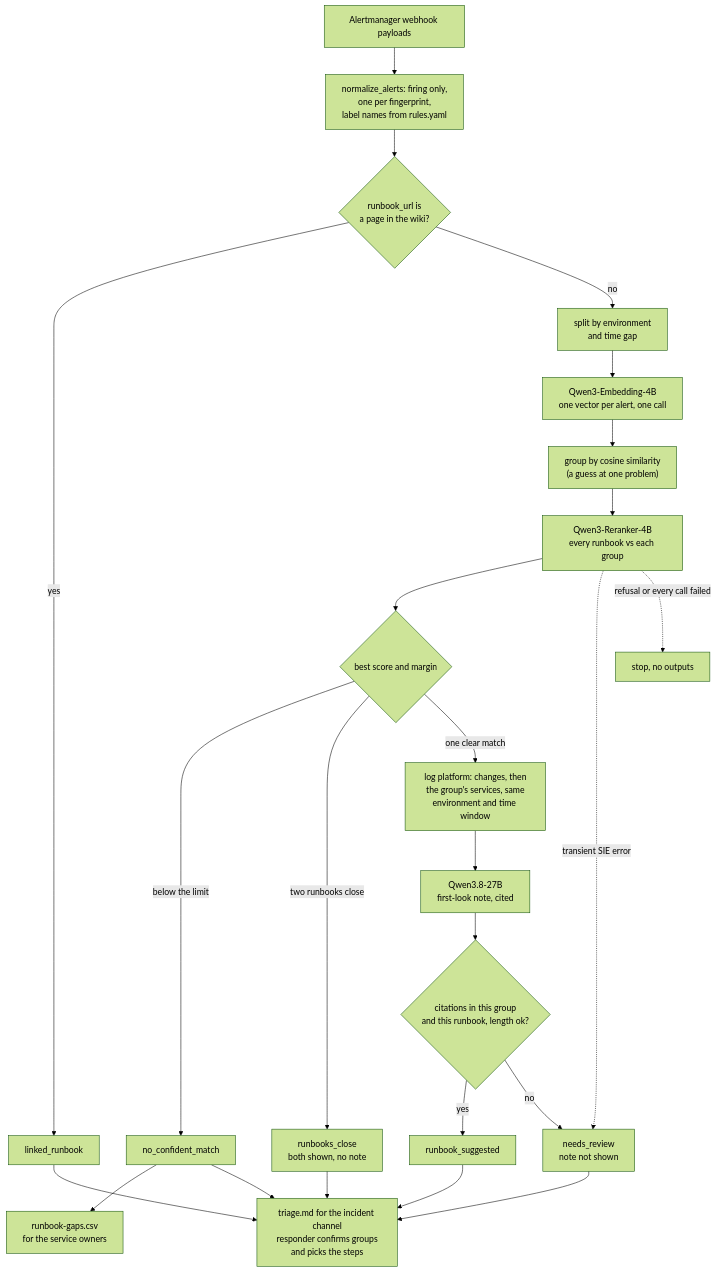
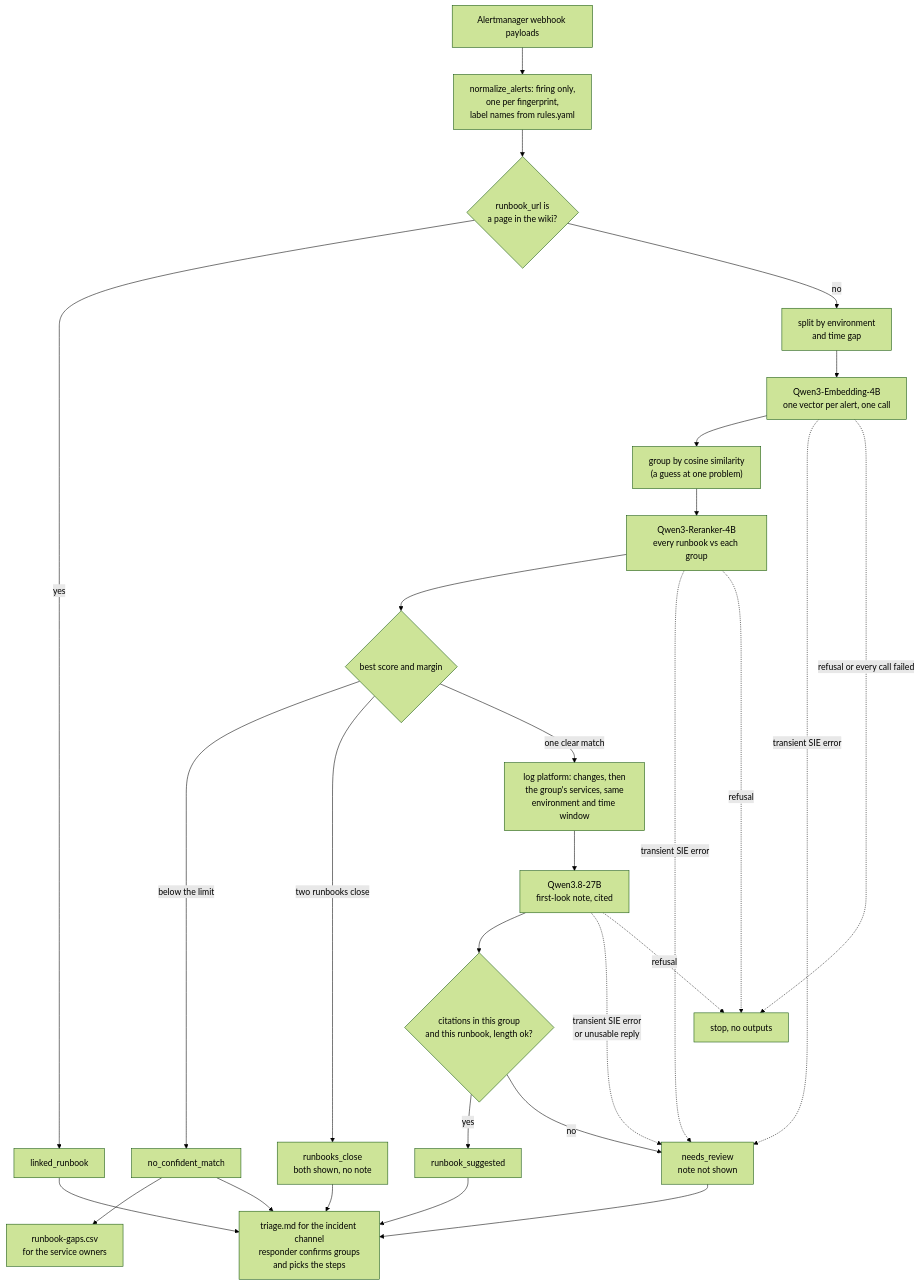
Before and after one commit to superlinked/cookbook: the second of 2 diagrams in sre/match_alerts_to_runbooks/README.md, drawn with Mermaid (forest theme). The commit also changed other lines of this file and 17 other files, not shown here.

````diff
--- a/sre/match_alerts_to_runbooks/README.md
+++ b/sre/match_alerts_to_runbooks/README.md
@@ -161,26 +161,30 @@
 ```mermaid
 flowchart TD
     A["Alertmanager webhook payloads"] --> B["normalize_alerts: firing only,<br/>one per fingerprint,<br/>label names from rules.yaml"]
     B --> C{"runbook_url is<br/>a page in the wiki?"}
     C -- yes --> L["linked_runbook"]
     C -- no --> D["split by environment<br/>and time gap"]
     D --> E["Qwen3-Embedding-4B<br/>one vector per alert, one call"]
     E --> F["group by cosine similarity<br/>(a guess at one problem)"]
     F --> G["Qwen3-Reranker-4B<br/>every runbook vs each group"]
     G --> H{"best score and margin"}
     H -- below the limit --> N["no_confident_match"]
     H -- two runbooks close --> K["runbooks_close<br/>both shown, no note"]
     H -- one clear match --> I["log platform: changes, then<br/>the group's services, same<br/>environment and time window"]
     I --> J["Qwen3.8-27B<br/>first-look note, cited"]
     J --> M{"citations in this group<br/>and this runbook, length ok?"}
     M -- yes --> S["runbook_suggested"]
     M -- no --> R["needs_review<br/>note not shown"]
     L --> O["triage.md for the incident channel<br/>responder confirms groups<br/>and picks the steps"]
     N --> GL["runbook-gaps.csv<br/>for the service owners"]
     N --> O
     K --> O
     S --> O
     R --> O
+    E -. transient SIE error .-> R
     G -. transient SIE error .-> R
-    G -. refusal or every call failed .-> STOP["stop, no outputs"]
+    J -. transient SIE error<br/>or unusable reply .-> R
+    E -. refusal or every call failed .-> STOP["stop, no outputs"]
+    G -. refusal .-> STOP
+    J -. refusal .-> STOP
 ```
````
